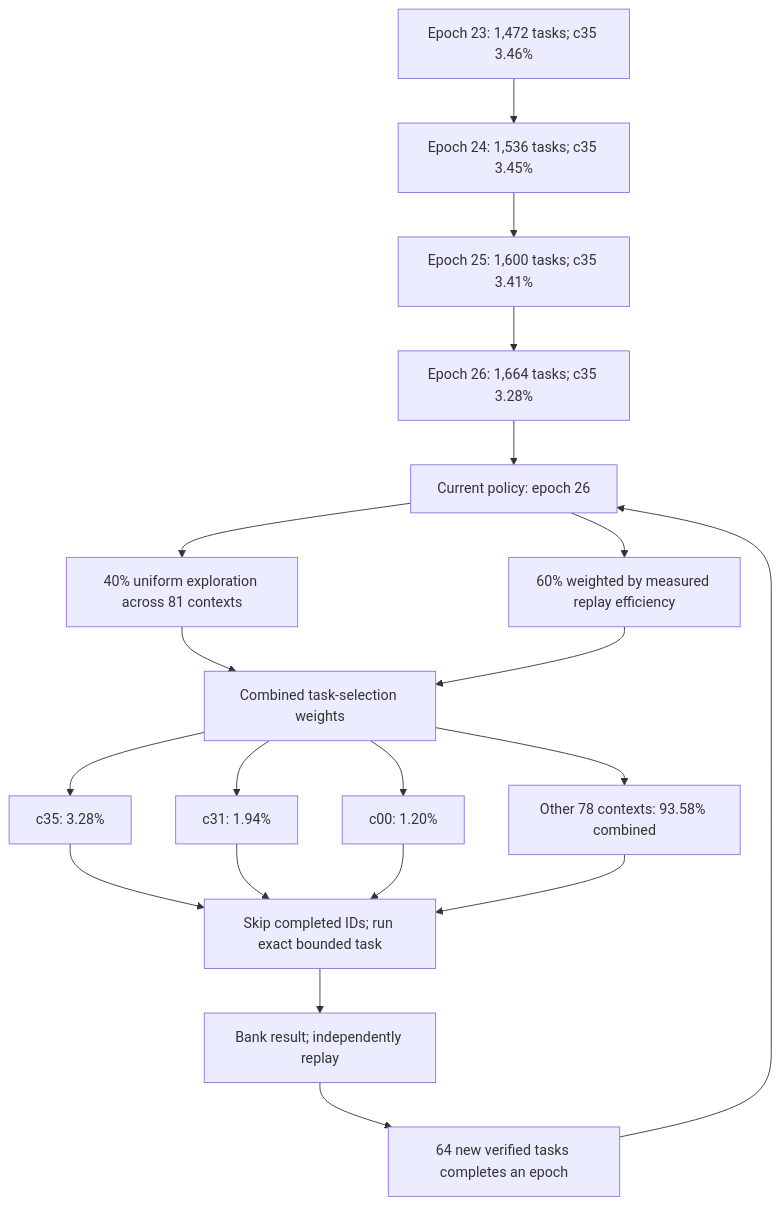
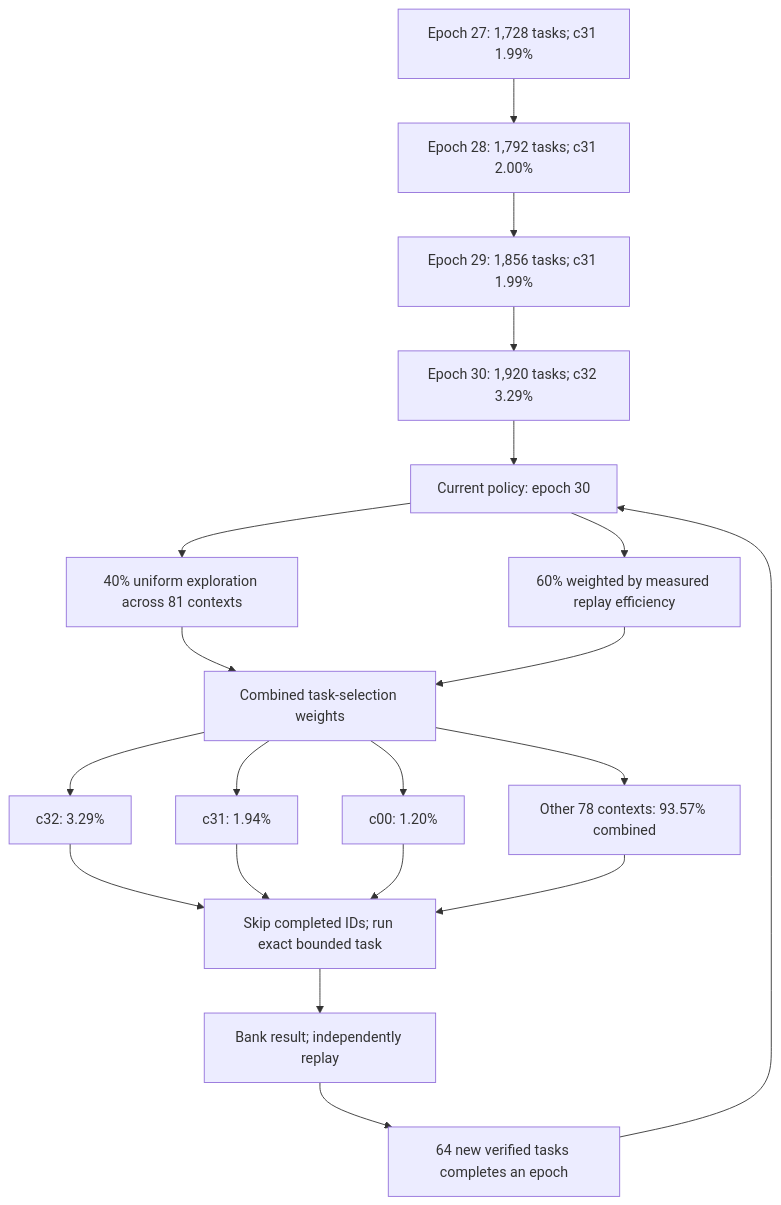
The diagram in README.md (Kuberwastaken/math-gambling), drawn with Mermaid before and after one commit. The commit also changed other lines of this file and 594 other files, not shown here.

````diff
--- a/README.md
+++ b/README.md
@@ -48,27 +48,27 @@
 ```mermaid
 flowchart TD
-    H0["Epoch 23: 1,472 tasks; c35 3.46%"]
-    H1["Epoch 24: 1,536 tasks; c35 3.45%"]
+    H0["Epoch 27: 1,728 tasks; c31 1.99%"]
+    H1["Epoch 28: 1,792 tasks; c31 2.00%"]
     H0 --> H1
-    H2["Epoch 25: 1,600 tasks; c35 3.41%"]
+    H2["Epoch 29: 1,856 tasks; c31 1.99%"]
     H1 --> H2
-    H3["Epoch 26: 1,664 tasks; c35 3.28%"]
+    H3["Epoch 30: 1,920 tasks; c32 3.29%"]
     H2 --> H3
-    Policy["Current policy: epoch 26"]
+    Policy["Current policy: epoch 30"]
     H3 --> Policy
     Policy --> Explore["40% uniform exploration across 81 contexts"]
     Policy --> Cost["60% weighted by measured replay efficiency"]
     Explore --> Mix["Combined task-selection weights"]
     Cost --> Mix
-    Mix --> C0["c35: 3.28%"]
+    Mix --> C0["c32: 3.29%"]
     Mix --> C1["c31: 1.94%"]
     Mix --> C2["c00: 1.20%"]
-    Mix --> Rest["Other 78 contexts: 93.58% combined"]
+    Mix --> Rest["Other 78 contexts: 93.57% combined"]
     C0 --> Check["Skip completed IDs; run exact bounded task"]
     C1 --> Check
     C2 --> Check
     Rest --> Check
     Check --> Replay["Bank result; independently replay"]
     Replay --> Gate["64 new verified tasks completes an epoch"]
     Gate --> Policy
 ```
````
